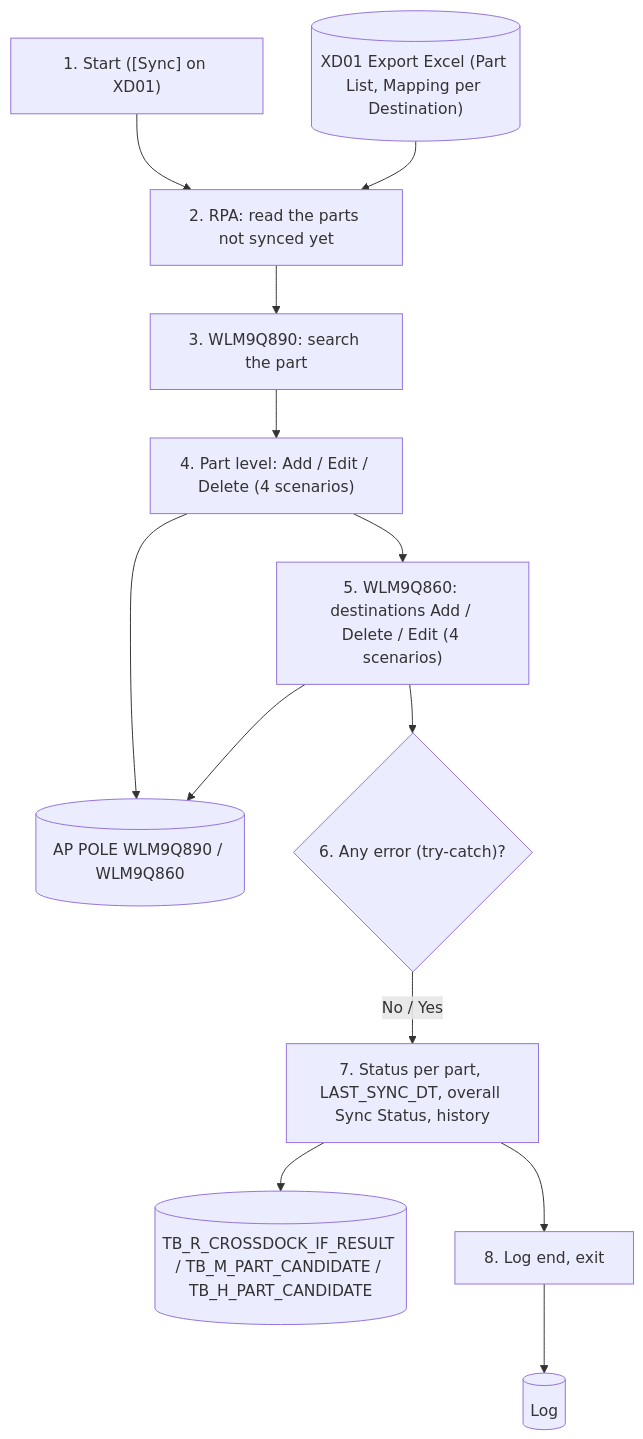
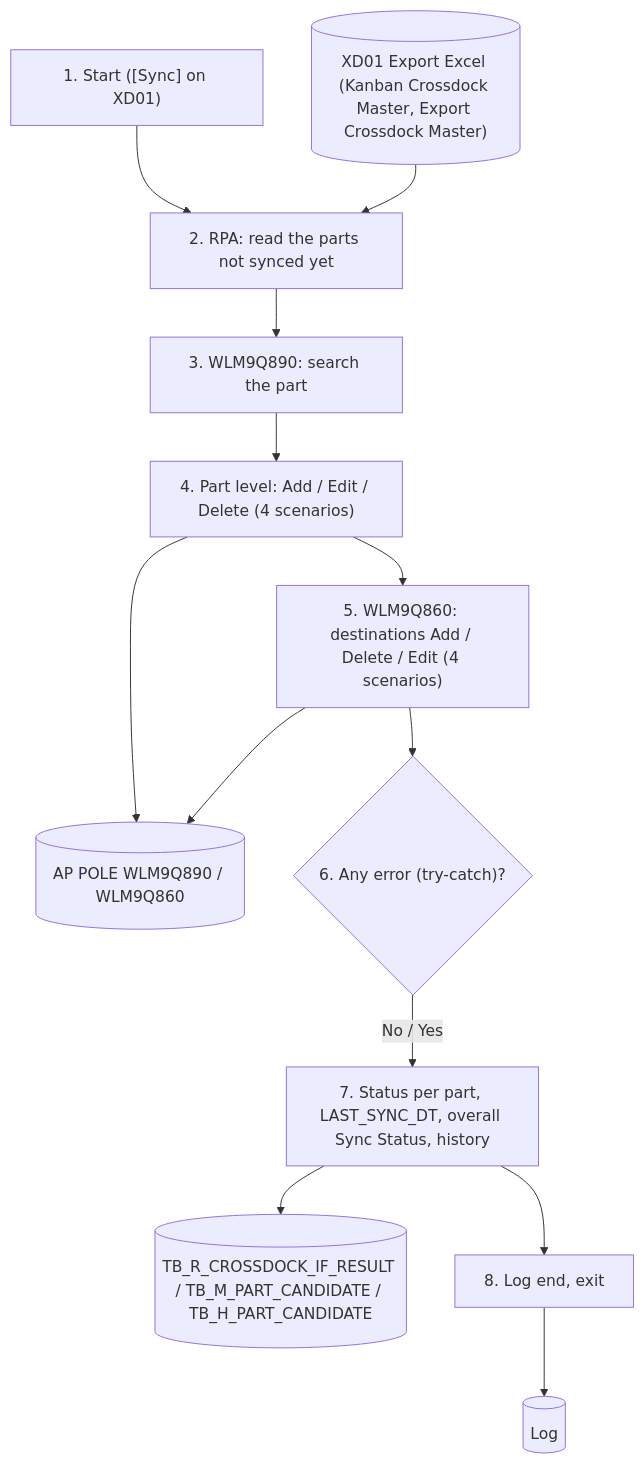
The second of 2 diagrams in prepare_code/uiss/XD07_Batch_IFCrossDockMasterToAPPOLE.md (ivanrayhannn/crossdockpoc), drawn with Mermaid before and after one commit. The commit also changed other lines of this file and 92 other files, not shown here.

First line of the commit message:
Crossdock Master names (Kanban / Export Crossdock Master), period on the Kanban Crossdock Master, Order Type per destination row

````diff
--- a/prepare_code/uiss/XD07_Batch_IFCrossDockMasterToAPPOLE.md
+++ b/prepare_code/uiss/XD07_Batch_IFCrossDockMasterToAPPOLE.md
@@ -105,27 +106,27 @@
 ```mermaid
 flowchart TB
   p1["1. Start ([Sync] on XD01)"]
-  src[("XD01 Export Excel (Part List, Mapping per Destination)")]
+  src[("XD01 Export Excel (Kanban Crossdock Master, Export Crossdock Master)")]
   p2["2. RPA: read the parts not synced yet"]
   p3["3. WLM9Q890: search the part"]
   p4["4. Part level: Add / Edit / Delete (4 scenarios)"]
   p5["5. WLM9Q860: destinations Add / Delete / Edit (4 scenarios)"]
   ap[("AP POLE WLM9Q890 / WLM9Q860")]
   d{"6. Any error (try-catch)?"}
   p7["7. Status per part, LAST_SYNC_DT, overall Sync Status, history"]
   o[("TB_R_CROSSDOCK_IF_RESULT / TB_M_PART_CANDIDATE / TB_H_PART_CANDIDATE")]
   p8["8. Log end, exit"]
   log[("Log")]
   p1 --> p2
   src --> p2
   p2 --> p3
   p3 --> p4
   p4 --> p5
   p4 --> ap
   p5 --> ap
   p5 --> d
   d -->|No / Yes| p7
   p7 --> o
   p7 --> p8
   p8 --> log
 ```
````
